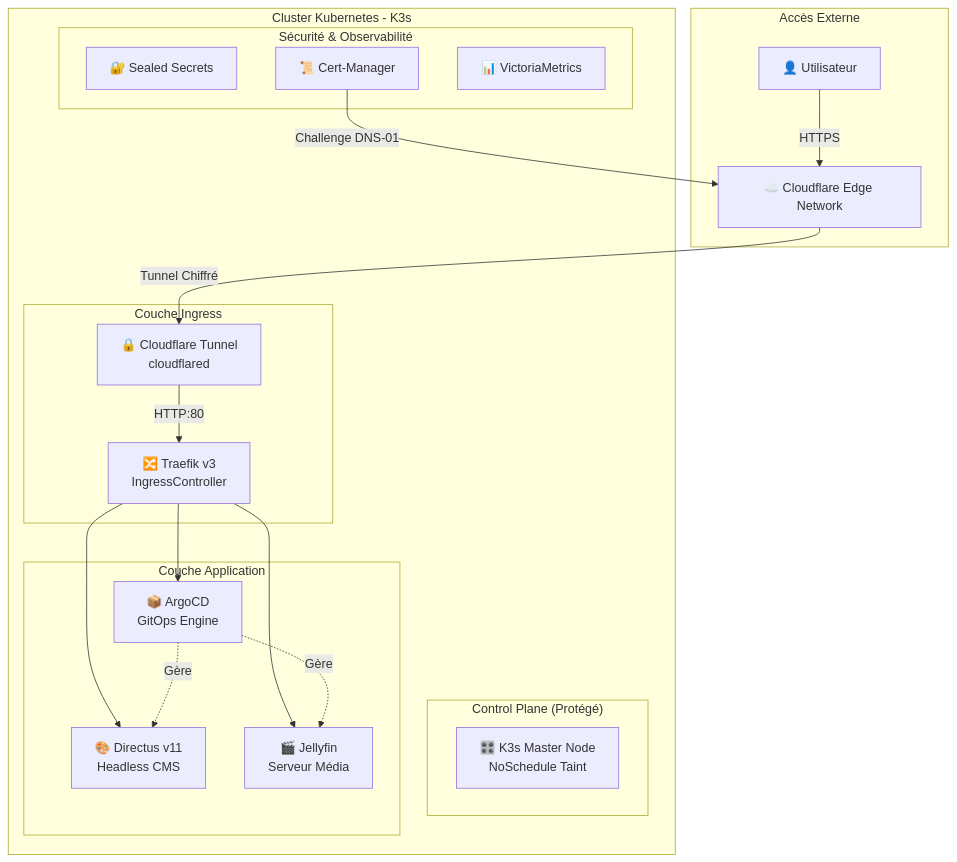
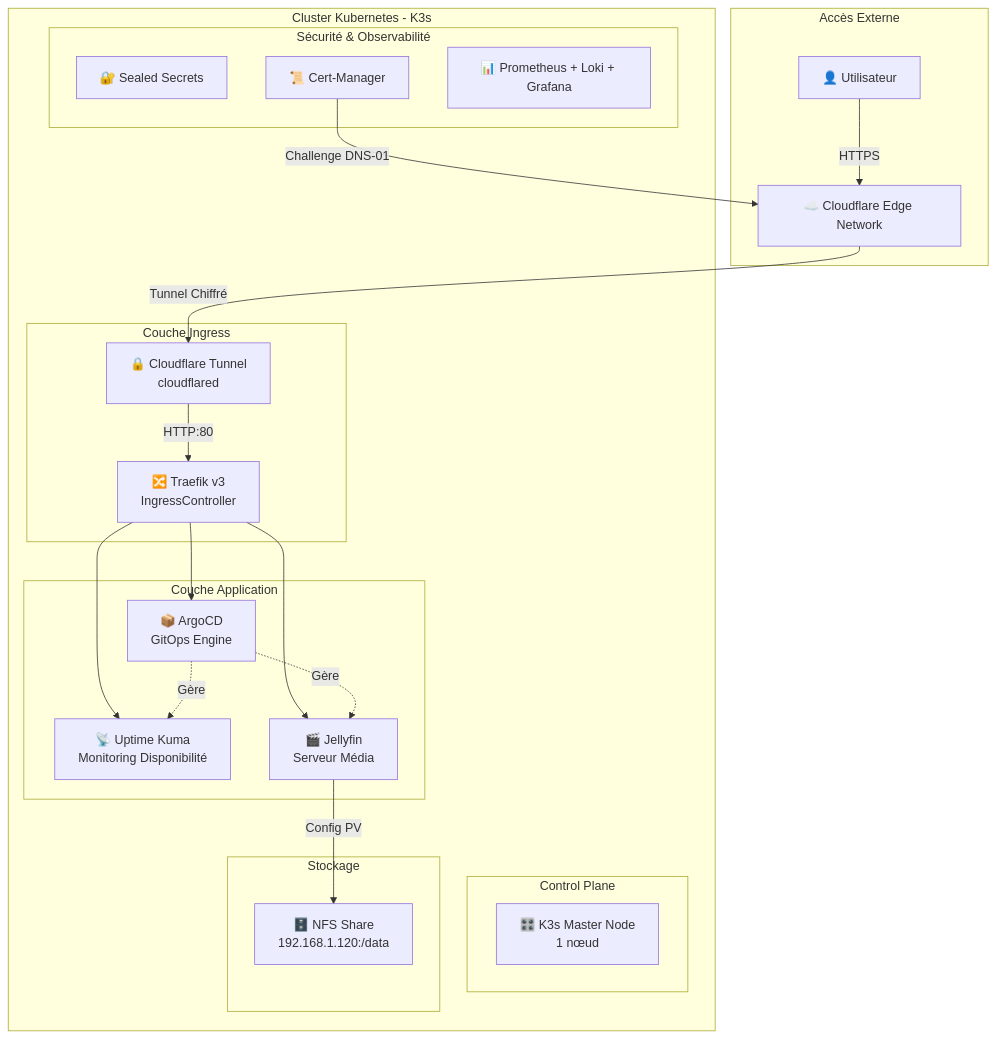
One commit to clementtrecourt/homelab-stack changed the first of 2 diagrams in README.md. Above: the diagram before and after it, drawn with Mermaid. The commit also changed other lines of this file, not shown here.

````diff
--- a/README.md
+++ b/README.md
@@ -46,41 +46,45 @@
 ```mermaid
 graph TB
     subgraph "Accès Externe"
         User[👤 Utilisateur]
         CF[☁️ Cloudflare Edge Network]
     end
     
     subgraph "Cluster Kubernetes - K3s"
-        subgraph "Control Plane (Protégé)"
-            Master[🎛️ K3s Master Node<br/>NoSchedule Taint]
+        subgraph "Control Plane"
+            Master[🎛️ K3s Master Node<br/>1 nœud]
         end
         
         subgraph "Couche Ingress"
             CFT[🔒 Cloudflare Tunnel<br/>cloudflared]
             Traefik[🔀 Traefik v3<br/>IngressController]
         end
         
         subgraph "Couche Application"
             ArgoCD[📦 ArgoCD<br/>GitOps Engine]
-            Directus[🎨 Directus v11<br/>Headless CMS]
+            UptimeKuma[📡 Uptime Kuma<br/>Monitoring Disponibilité]
             Jellyfin[🎬 Jellyfin<br/>Serveur Média]
         end
-      
         
         subgraph "Sécurité & Observabilité"
             SealedSecrets[🔐 Sealed Secrets]
             CertManager[📜 Cert-Manager]
-            Victoria[📊 VictoriaMetrics]
+            PLG[📊 Prometheus + Loki + Grafana]
+        end
+
+        subgraph "Stockage"
+            NFS[🗄️ NFS Share<br/>192.168.1.120:/data]
         end
     end
     
     User -->|HTTPS| CF
     CF -->|Tunnel Chiffré| CFT
     CFT -->|HTTP:80| Traefik
     Traefik --> ArgoCD
-    Traefik --> Directus
+    Traefik --> UptimeKuma
     Traefik --> Jellyfin
     CertManager -->|Challenge DNS-01| CF
-    ArgoCD -.->|Gère| Directus
+    ArgoCD -.->|Gère| UptimeKuma
     ArgoCD -.->|Gère| Jellyfin
+    Jellyfin -->|Config PV| NFS
 ```
````
